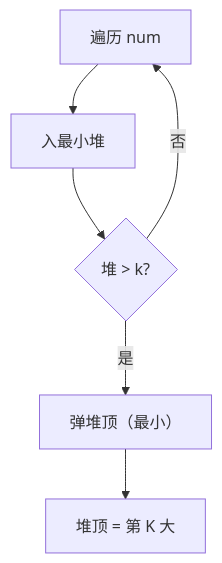
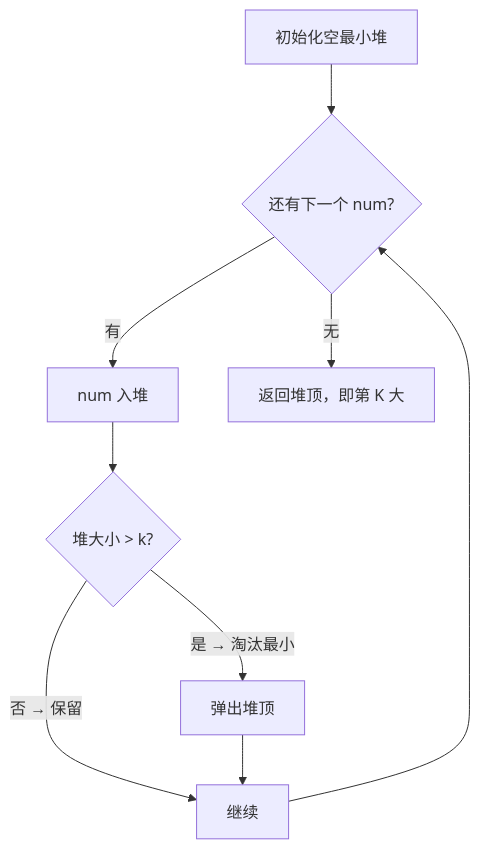
Before and after one commit to OctalZero/hot100-py: the first of 2 diagrams in 14-堆/0215-数组中的第_K_个最大元素.md, drawn with Mermaid. The commit also changed other lines of this file and 117 other files, not shown here.

First line of the commit message:
feat: 全题解配图升级为「动画式 mermaid」（总览骨架 + 横向时间线逐步推演）

````diff
--- a/14-堆/0215-数组中的第_K_个最大元素.md
+++ b/14-堆/0215-数组中的第_K_个最大元素.md
@@ -20,8 +20,11 @@
 ```mermaid
 flowchart TD
-    A["遍历 num"] --> B["入最小堆"]
-    B --> C{"堆 > k?"}
-    C -- "是" --> D["弹堆顶（最小）"]
-    C -- "否" --> A
-    D --> E["堆顶 = 第 K 大"]
+    A["初始化空最小堆"] --> B{"还有下一个 num?"}
+    B -->|"有"| C["num 入堆"]
+    C --> D{"堆大小 > k?"}
+    D -->|"是 → 淘汰最小"| E["弹出堆顶"]
+    D -->|"否 → 保留"| F["继续"]
+    E --> F
+    F --> B
+    B -->|"无"| G["返回堆顶，即第 K 大"]
 ```
````
